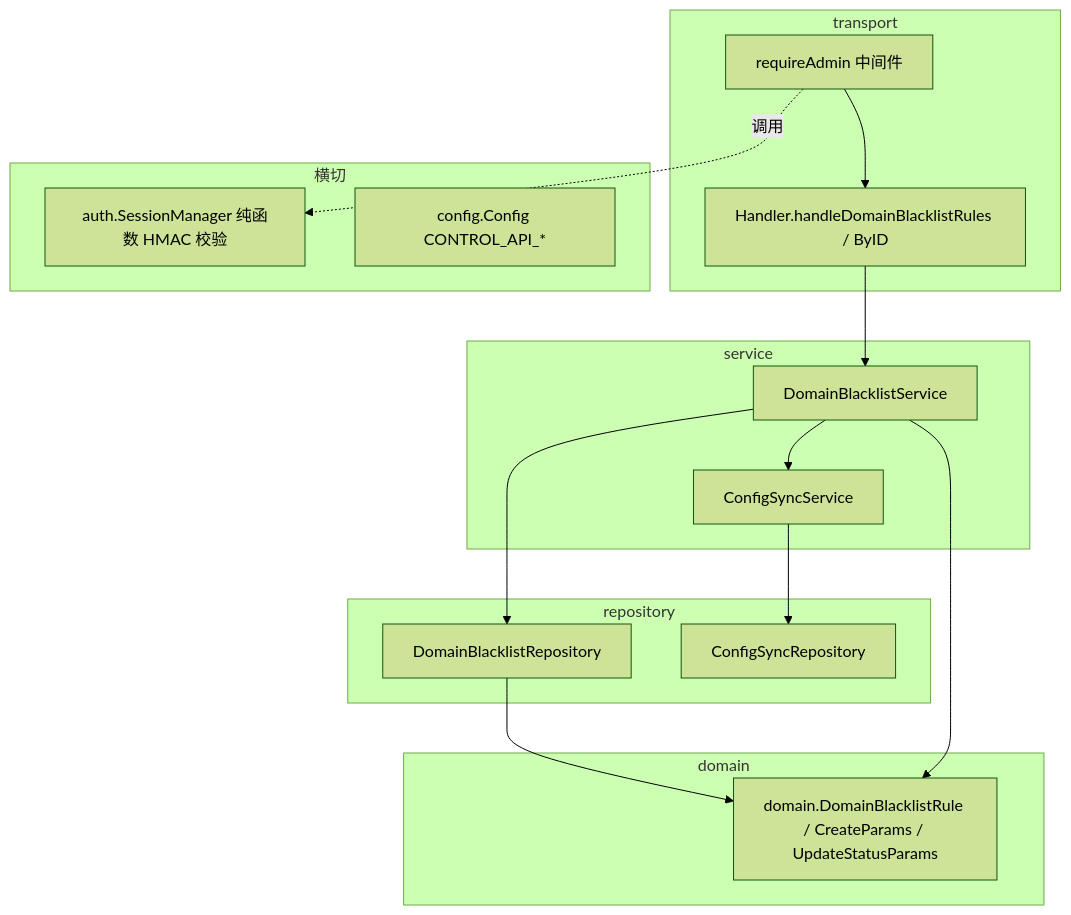
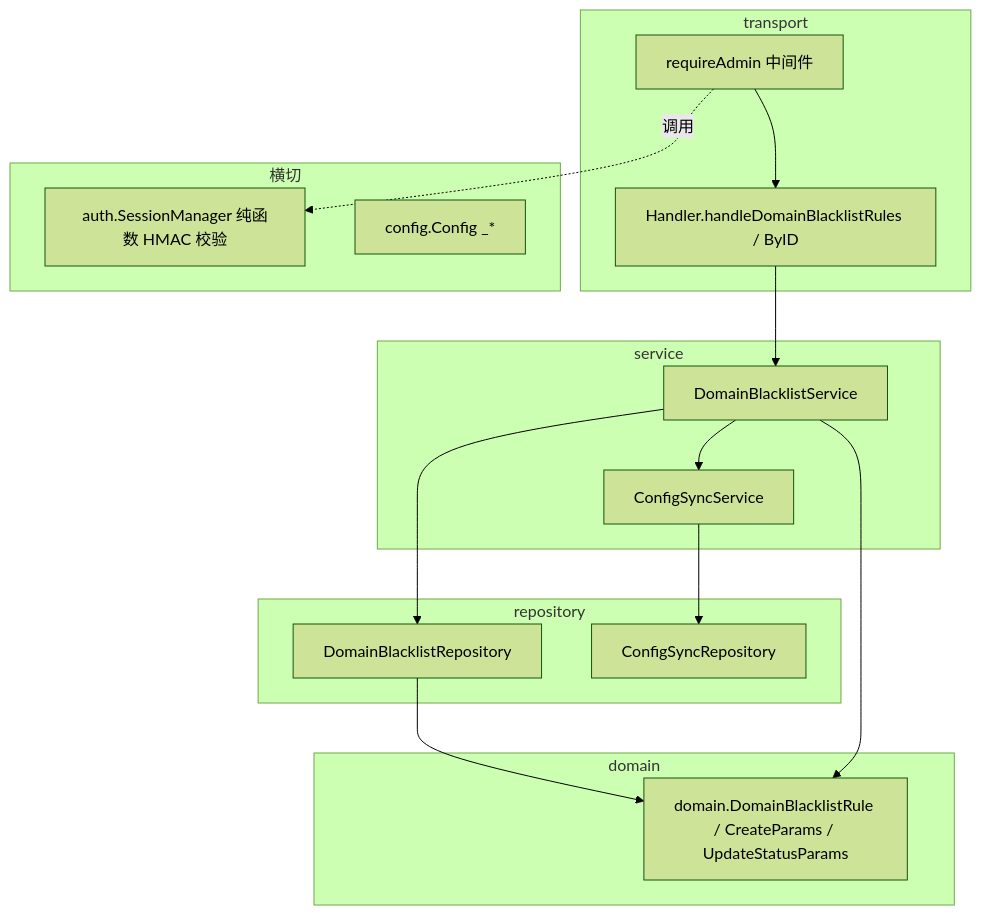
One commit to devSC/Trellis changed the first of 3 diagrams in guru-template/overlay/agents-skills/go-design-overview-writing/references/chapter-guide.md. Above: the diagram before and after it, drawn with Mermaid (forest theme). The commit also changed other lines of this file and 42 other files, not shown here.

````diff
--- a/guru-template/overlay/agents-skills/go-design-overview-writing/references/chapter-guide.md
+++ b/guru-template/overlay/agents-skills/go-design-overview-writing/references/chapter-guide.md
@@ -145,30 +145,30 @@
 ```mermaid
 graph TD
     subgraph transport
         H[Handler.handleDomainBlacklistRules / ByID]
         RA[requireAdmin 中间件]
     end
     subgraph service
         DBS[DomainBlacklistService]
         CSS[ConfigSyncService]
     end
     subgraph repository
         DBR[DomainBlacklistRepository]
         CSR[ConfigSyncRepository]
     end
     subgraph domain
         E[domain.DomainBlacklistRule / CreateParams / UpdateStatusParams]
     end
     subgraph 横切
         SM[auth.SessionManager 纯函数 HMAC 校验]
-        CFG[config.Config CONTROL_API_*]
+        CFG[config.Config <SVC>_*]
     end
     RA --> H
     H --> DBS
     DBS --> DBR
     DBS --> CSS
     CSS --> CSR
     DBR --> E
     DBS --> E
     RA -.调用.-> SM
 ```
````
